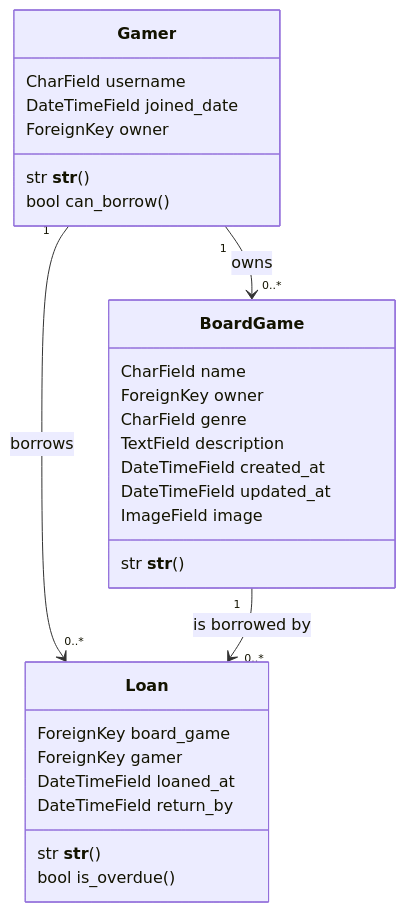
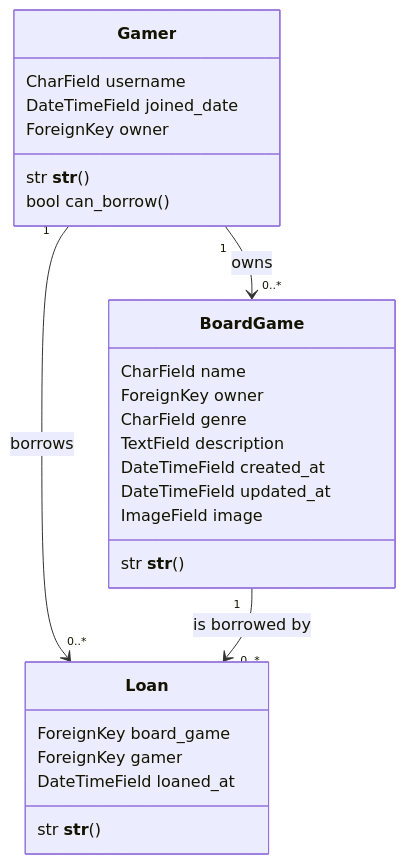
Before and after one commit to ApplicationProgramingTeamwork/gameshare: the diagram in README.md, drawn with Mermaid. The commit also changed 18 other files, not shown here.

````diff
--- a/README.md
+++ b/README.md
@@ -37,34 +37,32 @@
 ```mermaid
 classDiagram
   class Gamer {
     CharField username
     DateTimeField joined_date
     ForeignKey owner
     str __str__()
     bool can_borrow()
   }
 
   class BoardGame {
     CharField name
     ForeignKey owner
     CharField genre
     TextField description
     DateTimeField created_at
     DateTimeField updated_at
     ImageField image
     str __str__()
   }
 
   class Loan {
     ForeignKey board_game
     ForeignKey gamer
     DateTimeField loaned_at
-    DateTimeField return_by
     str __str__()
-    bool is_overdue()
   }
 
   Gamer "1" --> "0..*" BoardGame : owns
   Gamer "1" --> "0..*" Loan : borrows
   BoardGame "1" --> "0..*" Loan : is borrowed by
 ```
````
